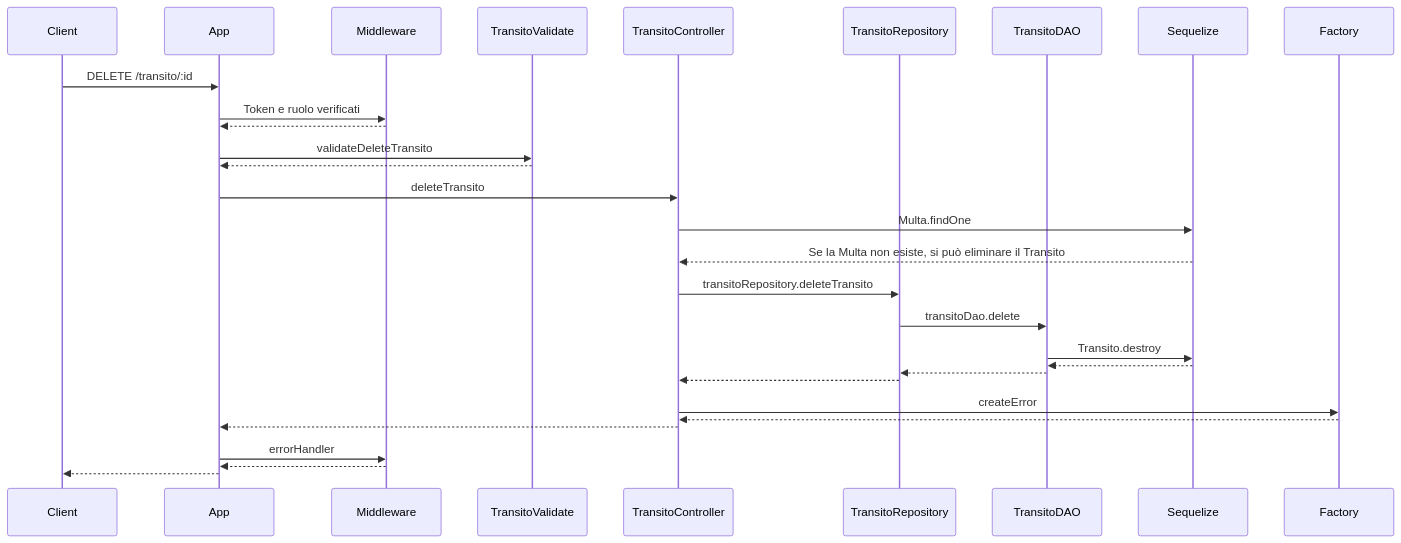
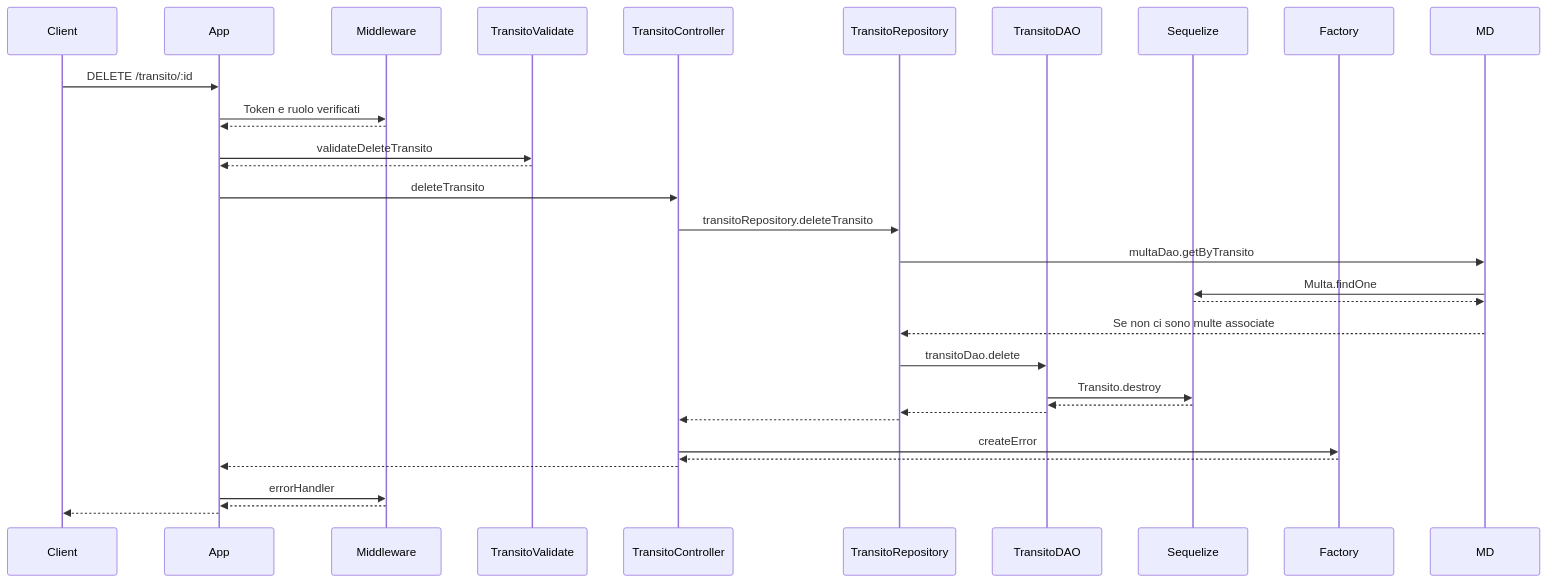
One commit to MattSona99/ProgettoPA changed diagram 12 of 14 in README.md. Above: the diagram before and after it, drawn with Mermaid. The commit also changed other lines of this file, not shown here.

````diff
--- a/README.md
+++ b/README.md
@@ -622,33 +669,35 @@
 ```mermaid
 sequenceDiagram
   participant C as Client
   participant A as App
   participant M as Middleware
   participant TV as TransitoValidate
   participant CN as TransitoController
   participant R as TransitoRepository
   participant TD as TransitoDAO
   participant S as Sequelize
   participant F as Factory
 
   C ->> A: DELETE /transito/:id
   A ->> M: Token e ruolo verificati
   M -->> A: 
   A ->> TV: validateDeleteTransito
   TV -->> A: 
   A ->> CN: deleteTransito
-  CN ->> S: Multa.findOne
-  S -->> CN: Se la Multa non esiste, si può eliminare il Transito
   CN ->> R: transitoRepository.deleteTransito
+  R ->> MD: multaDao.getByTransito
+  MD ->> S: Multa.findOne
+  S -->> MD:
+  MD -->> R: Se non ci sono multe associate
   R ->> TD: transitoDao.delete
   TD ->> S: Transito.destroy
   S -->> TD:
   TD -->> R:
   R -->> CN: 
   CN ->> F: createError
   F -->> CN: 
   CN -->> A: 
   A ->> M: errorHandler
   M -->> A: 
   A -->> C:  
 ```
````
